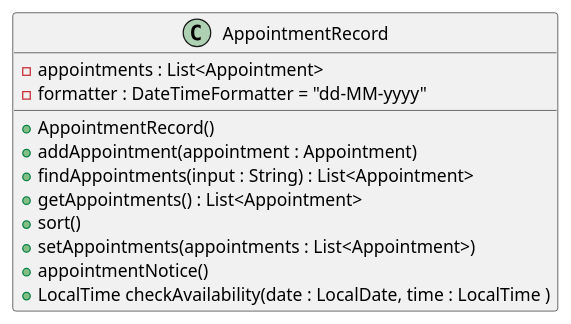
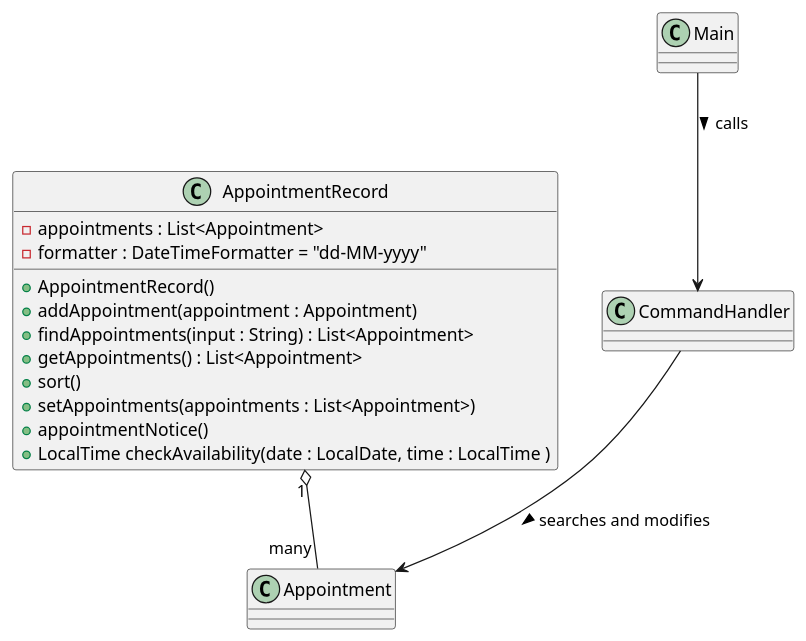
The diagram in docs/AppointmentRecord.puml (yentheng0110/tp), drawn with PlantUML before and after one commit. The commit also changed 7 other files, not shown here.

Commit message:
Class diagram association arrows

```diff
--- a/docs/AppointmentRecord.puml
+++ b/docs/AppointmentRecord.puml
@@ -1,17 +1,26 @@
 @startuml
 'https://plantuml.com/class-diagram
 
 class AppointmentRecord {
 - appointments : List<Appointment>
 - formatter : DateTimeFormatter = "dd-MM-yyyy"
 + AppointmentRecord()
 + addAppointment(appointment : Appointment)
 + findAppointments(input : String) : List<Appointment>
 + getAppointments() : List<Appointment>
 + sort()
 + setAppointments(appointments : List<Appointment>)
 + appointmentNotice()
 + LocalTime checkAvailability(date : LocalDate, time : LocalTime )
 }
 
+class Main {}
+class CommandHandler {}
+class AppointmentRecord {}
+
+
+CommandHandler --> Appointment : searches and modifies >
+AppointmentRecord "1" o-- "many" Appointment
+Main --> CommandHandler : calls >
+
 @enduml
```
